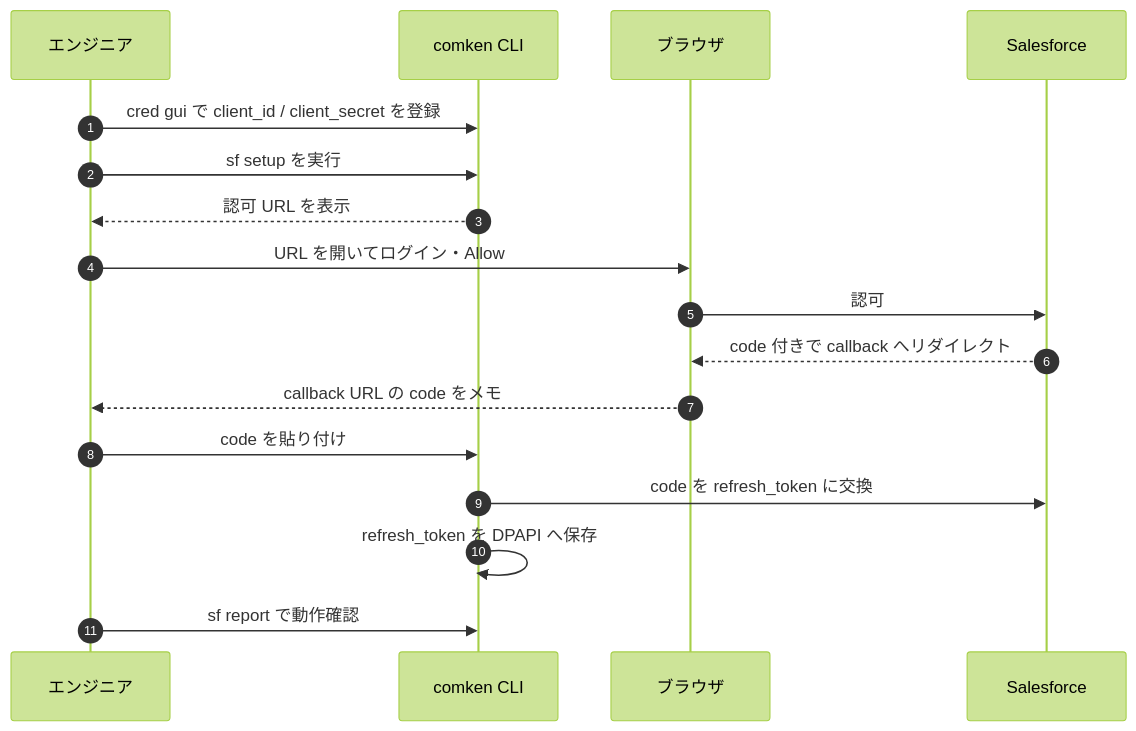
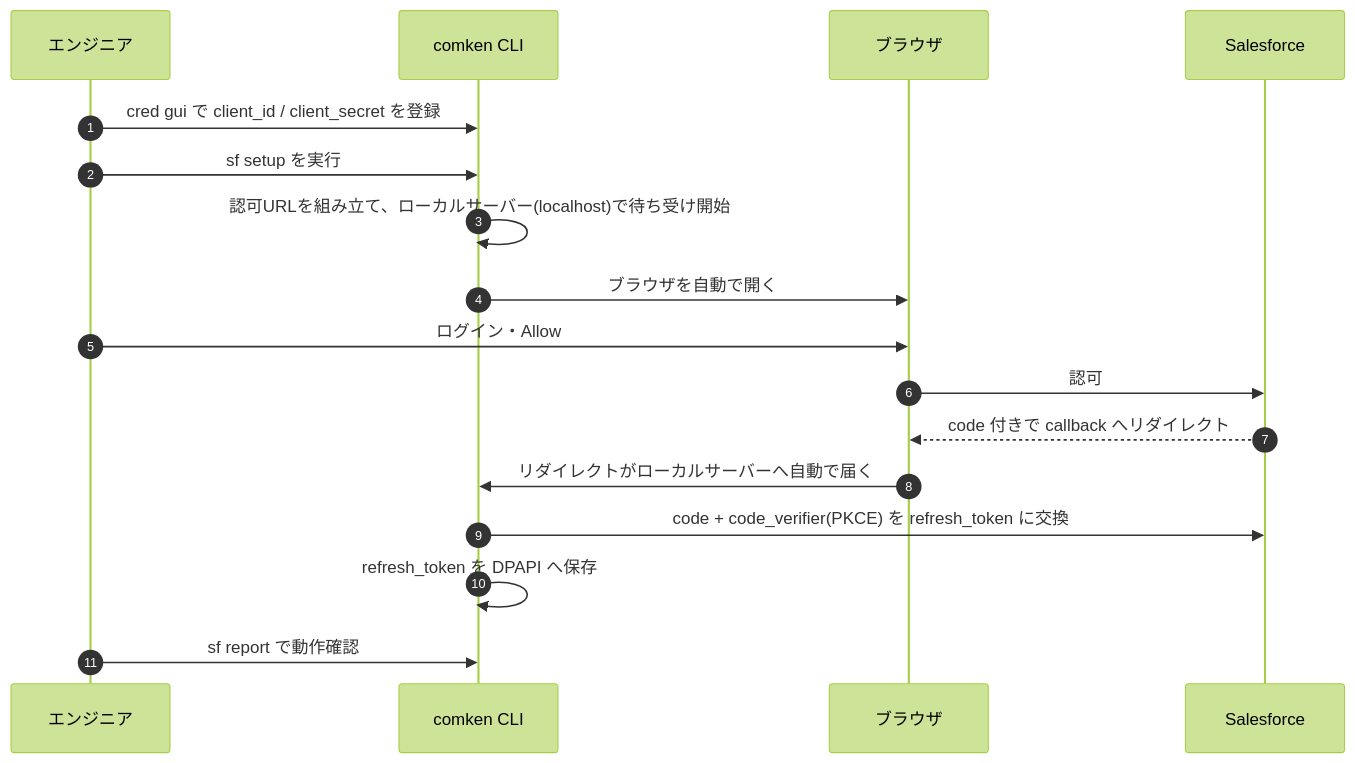
The diagram in docs/開発/salesforce-authentication.md (tenniscorecom/comken), drawn with Mermaid (forest theme) before and after one commit. The commit also changed other lines of this file and 5 other files, not shown here.

````diff
--- a/docs/開発/salesforce-authentication.md
+++ b/docs/開発/salesforce-authentication.md
@@ -290,20 +290,20 @@
 ```mermaid
 sequenceDiagram
     autonumber
     participant Eng as エンジニア
     participant CLI as comken CLI
     participant Browser as ブラウザ
     participant SF as Salesforce
 
     Eng->>CLI: cred gui で client_id / client_secret を登録
     Eng->>CLI: sf setup を実行
-    CLI-->>Eng: 認可 URL を表示
-    Eng->>Browser: URL を開いてログイン・Allow
+    CLI->>CLI: 認可URLを組み立て、ローカルサーバー(localhost)で待ち受け開始
+    CLI->>Browser: ブラウザを自動で開く
+    Eng->>Browser: ログイン・Allow
     Browser->>SF: 認可
     SF-->>Browser: code 付きで callback へリダイレクト
-    Browser-->>Eng: callback URL の code をメモ
-    Eng->>CLI: code を貼り付け
-    CLI->>SF: code を refresh_token に交換
+    Browser->>CLI: リダイレクトがローカルサーバーへ自動で届く
+    CLI->>SF: code + code_verifier(PKCE) を refresh_token に交換
     CLI->>CLI: refresh_token を DPAPI へ保存
     Eng->>CLI: sf report で動作確認
 ```
````
